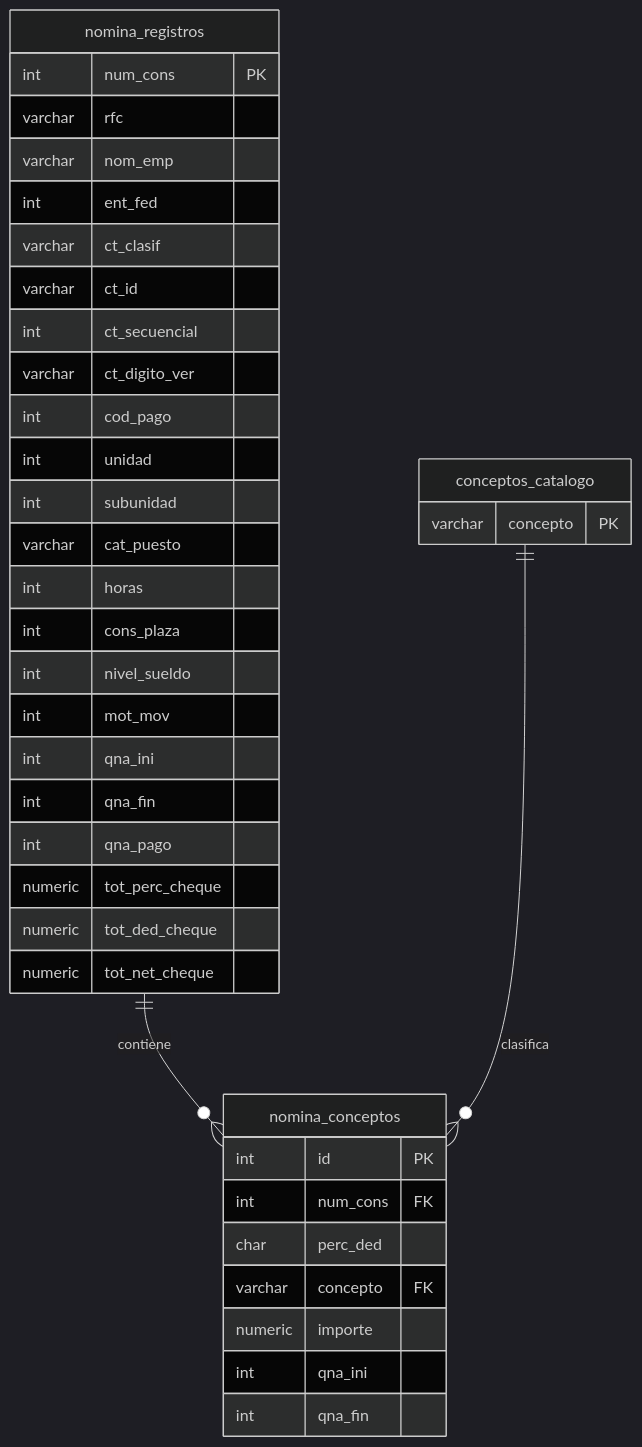
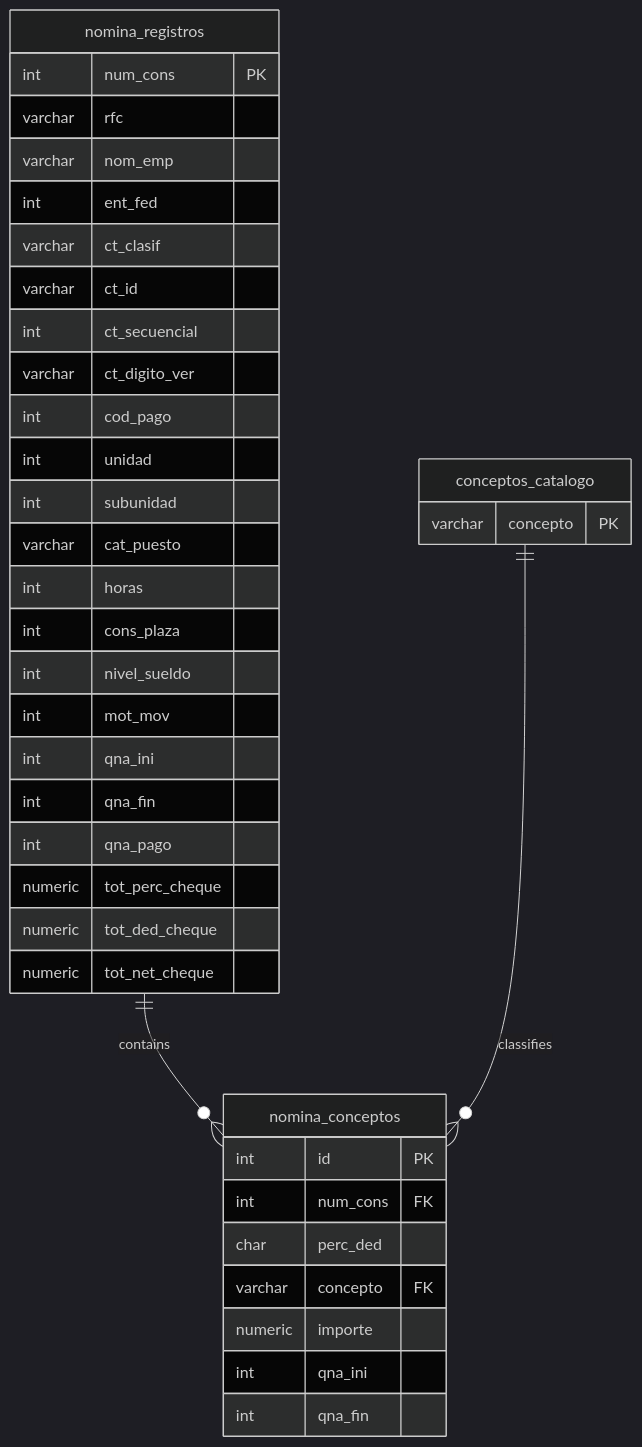
The second of 5 diagrams in README.md (alexander-tinoco/nominas), drawn with Mermaid (dark theme) before and after one commit. The commit also changed other lines of this file, not shown here.

````diff
--- a/README.md
+++ b/README.md
@@ -73,42 +73,42 @@
 ```mermaid
 erDiagram
     conceptos_catalogo {
         varchar concepto PK
     }
     nomina_registros {
         int num_cons PK
         varchar rfc
         varchar nom_emp
         int ent_fed
         varchar ct_clasif
         varchar ct_id
         int ct_secuencial
         varchar ct_digito_ver
         int cod_pago
         int unidad
         int subunidad
         varchar cat_puesto
         int horas
         int cons_plaza
         int nivel_sueldo
         int mot_mov
         int qna_ini
         int qna_fin
         int qna_pago
         numeric tot_perc_cheque
         numeric tot_ded_cheque
         numeric tot_net_cheque
     }
     nomina_conceptos {
         int id PK
         int num_cons FK
         char perc_ded
         varchar concepto FK
         numeric importe
         int qna_ini
         int qna_fin
     }
 
-    nomina_registros ||--o{ nomina_conceptos : "contiene"
-    conceptos_catalogo ||--o{ nomina_conceptos : "clasifica"
+    nomina_registros ||--o{ nomina_conceptos : "contains"
+    conceptos_catalogo ||--o{ nomina_conceptos : "classifies"
 ```
````
